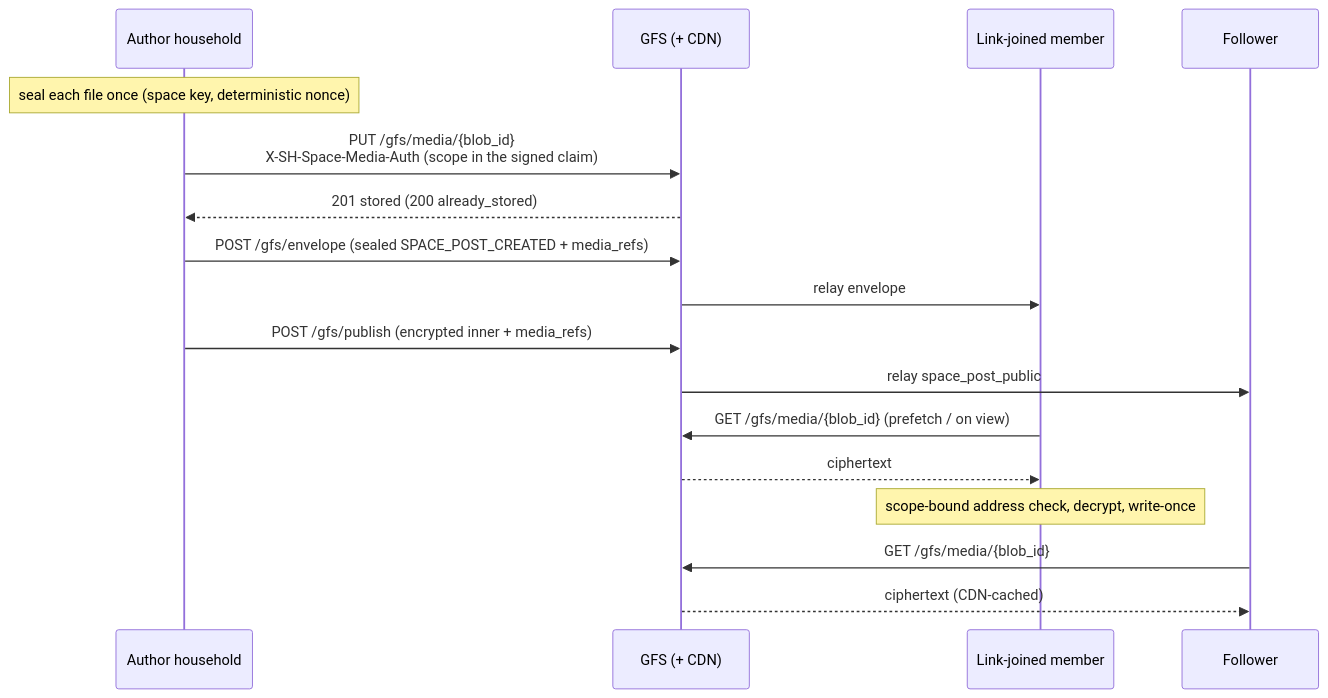
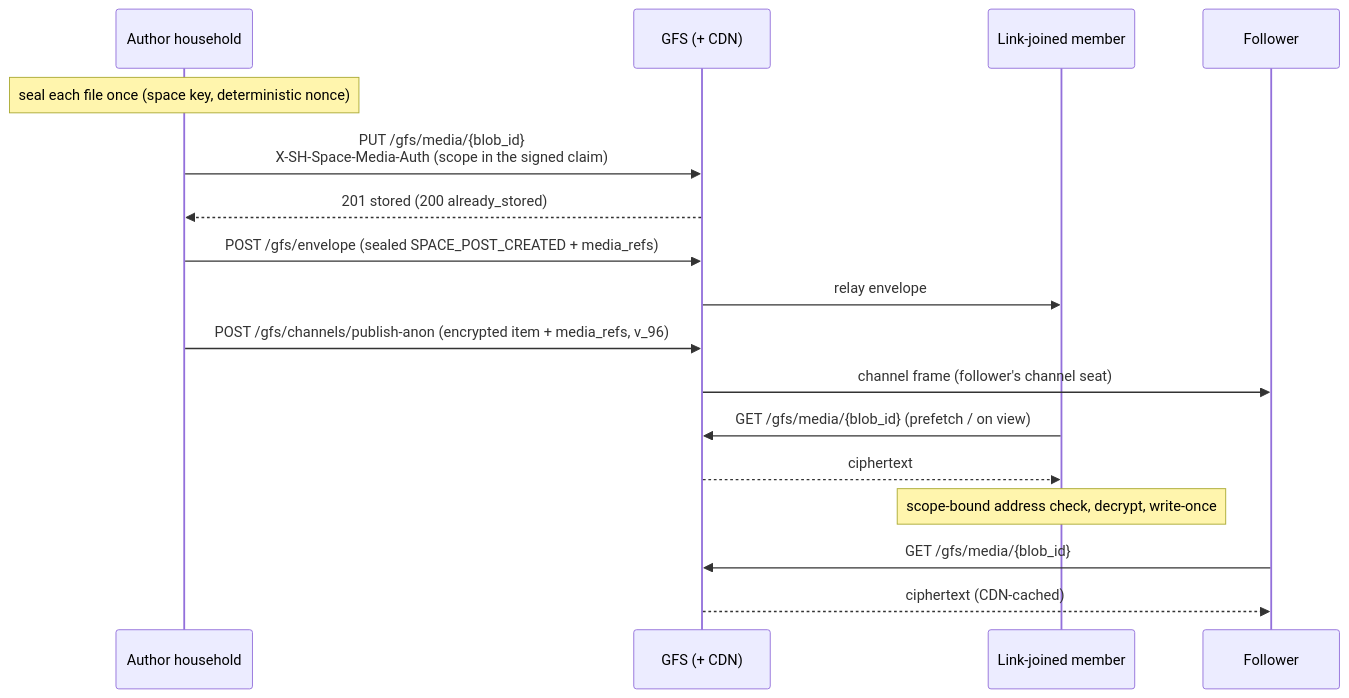
The third of 5 diagrams in docs/protocol/media.md (social-home-io/socialhome), drawn with Mermaid before and after one commit. The commit also changed other lines of this file and 447 other files, not shown here.

First line of the commit message:
Follow any public or global space with one read-only seat, on every path — and step up to member when you want (#1434)

````diff
--- a/docs/protocol/media.md
+++ b/docs/protocol/media.md
@@ -1018,19 +1024,19 @@
 ```mermaid
 sequenceDiagram
     participant A as Author household
     participant G as GFS (+ CDN)
     participant E as Link-joined member
     participant F as Follower
     Note over A: seal each file once (space key, deterministic nonce)
     A->>G: PUT /gfs/media/{blob_id}<br/>X-SH-Space-Media-Auth (scope in the signed claim)
     G-->>A: 201 stored (200 already_stored)
     A->>G: POST /gfs/envelope (sealed SPACE_POST_CREATED + media_refs)
     G->>E: relay envelope
-    A->>G: POST /gfs/publish (encrypted inner + media_refs)
-    G->>F: relay space_post_public
+    A->>G: POST /gfs/channels/publish-anon (encrypted item + media_refs, v_96)
+    G->>F: channel frame (follower's channel seat)
     E->>G: GET /gfs/media/{blob_id} (prefetch / on view)
     G-->>E: ciphertext
     Note over E: scope-bound address check, decrypt, write-once
     F->>G: GET /gfs/media/{blob_id}
     G-->>F: ciphertext (CDN-cached)
 ```
````
